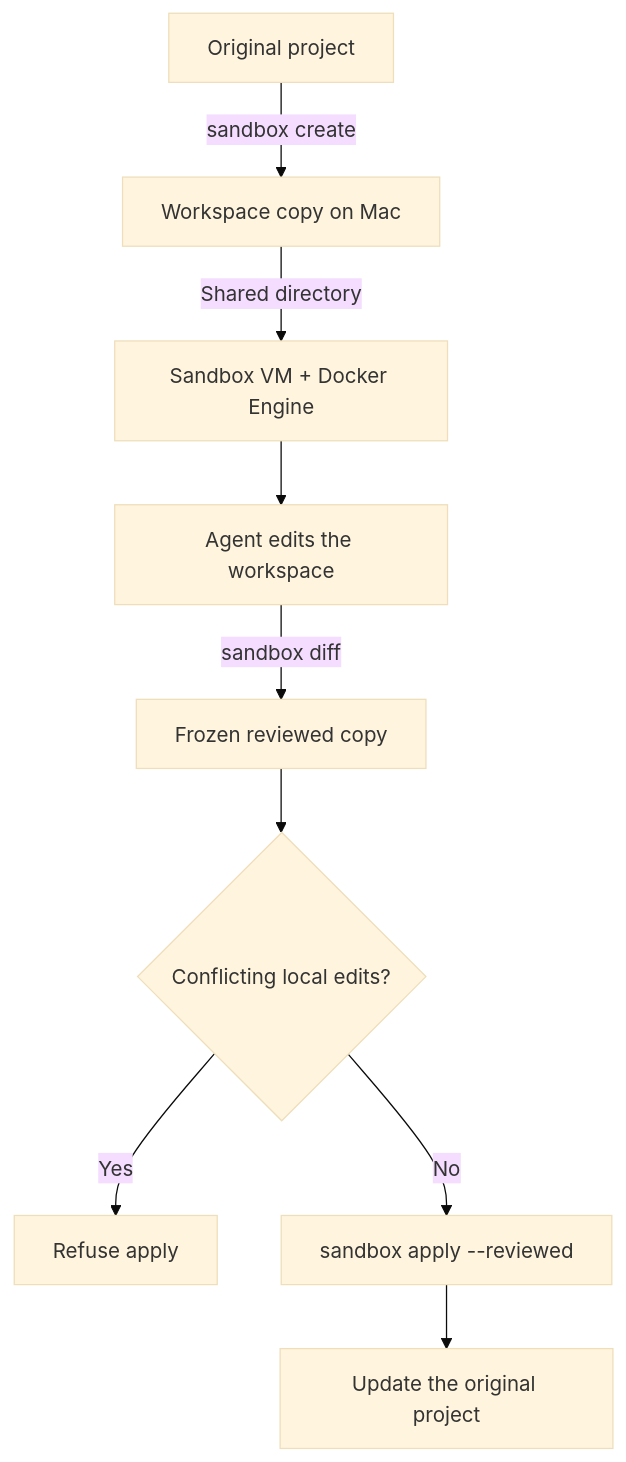
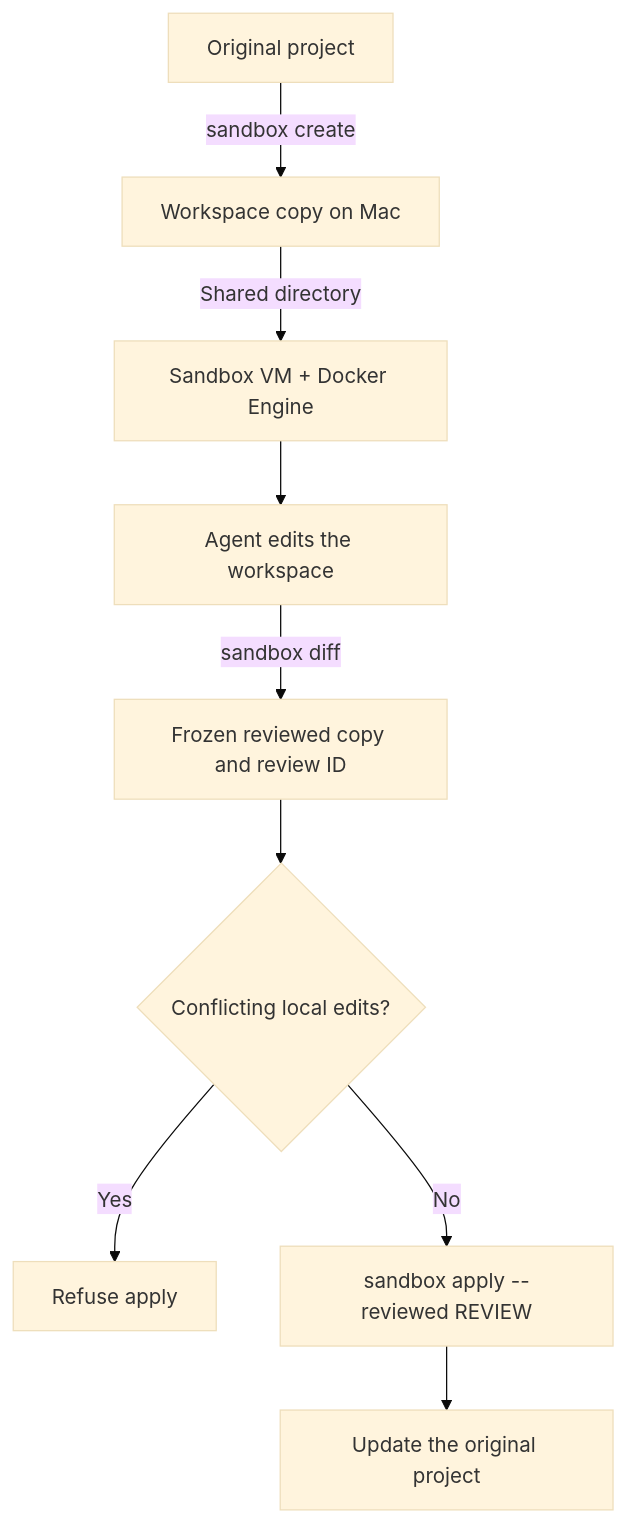
Before and after one commit to TimMikeladze/rekcod: the third of 5 diagrams in README.md, drawn with Mermaid (base theme). The commit also changed other lines of this file and 1 other file, not shown here.

````diff
--- a/README.md
+++ b/README.md
@@ -1022,13 +1711,13 @@
 ```mermaid
 flowchart TB
     accTitle: Sandbox review and apply
     accDescr: The agent edits a project copy in its own VM. Diff freezes the reviewed version, and apply checks for conflicting local edits before updating the original.
     project["Original project"] -->|sandbox create| workspace["Workspace copy on Mac"]
     workspace -->|Shared directory| vm["Sandbox VM + Docker Engine"]
     vm --> edits["Agent edits the workspace"]
-    edits -->|sandbox diff| reviewed["Frozen reviewed copy"]
+    edits -->|sandbox diff| reviewed["Frozen reviewed copy and review ID"]
     reviewed --> conflicts{"Conflicting local edits?"}
     conflicts -->|Yes| refused["Refuse apply"]
-    conflicts -->|No| apply["sandbox apply --reviewed"]
+    conflicts -->|No| apply["sandbox apply --reviewed REVIEW"]
     apply --> updated["Update the original project"]
 ```
````
